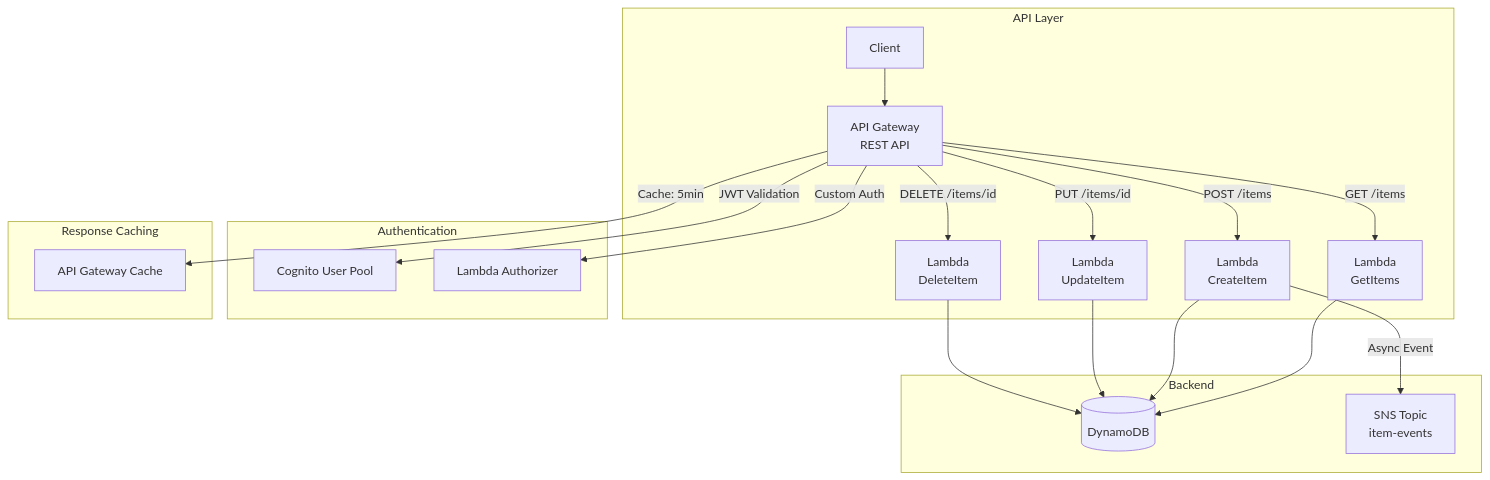
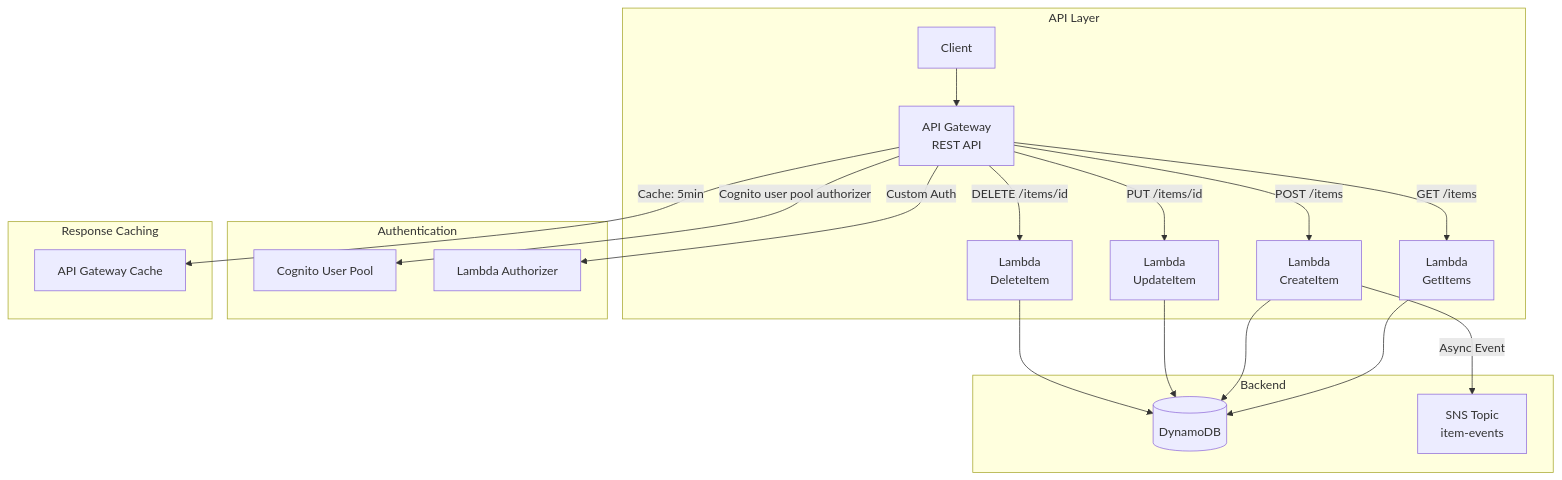
Before and after one commit to AlexanderBesss/AWS_best_praactices: the second of 7 diagrams in Design/02-communication-patterns.md, drawn with Mermaid. The commit also changed other lines of this file and 31 other files, not shown here.

````diff
--- a/Design/02-communication-patterns.md
+++ b/Design/02-communication-patterns.md
@@ -109,27 +112,27 @@
 ```mermaid
 graph TB
     subgraph "API Layer"
         A[Client] --> B[API Gateway<br/>REST API]
         B -->|GET /items| C[Lambda<br/>GetItems]
         B -->|POST /items| D[Lambda<br/>CreateItem]
         B -->|PUT /items/id| E[Lambda<br/>UpdateItem]
         B -->|DELETE /items/id| F[Lambda<br/>DeleteItem]
     end
     
     subgraph "Authentication"
-        B -->|JWT Validation| G[Cognito User Pool]
+        B -->|Cognito user pool authorizer| G[Cognito User Pool]
         B -->|Custom Auth| H[Lambda Authorizer]
     end
     
     subgraph "Backend"
         C --> I[(DynamoDB)]
         D --> I
         E --> I
         F --> I
         D -->|Async Event| J[SNS Topic<br/>item-events]
     end
     
     subgraph "Response Caching"
         B -->|Cache: 5min| K[API Gateway Cache]
     end
 ```
````
